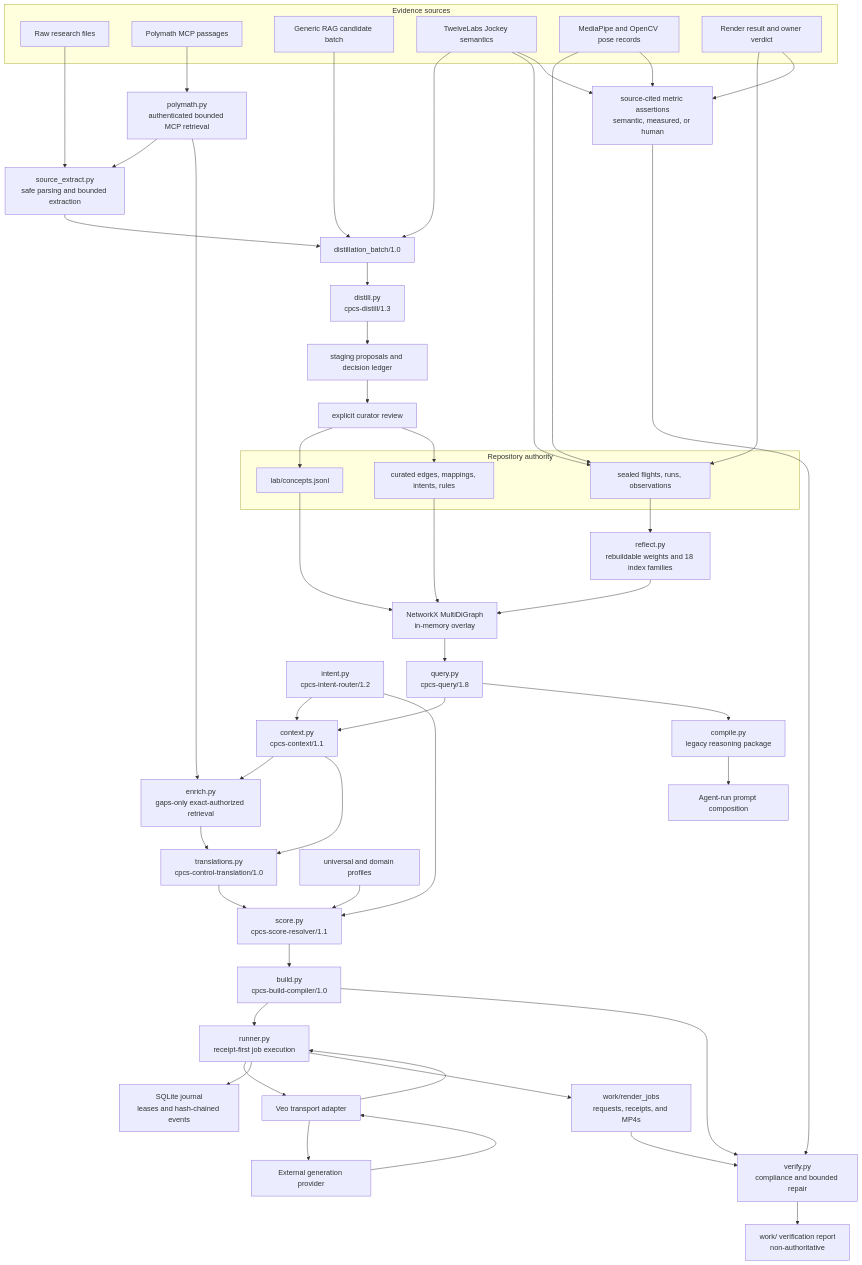
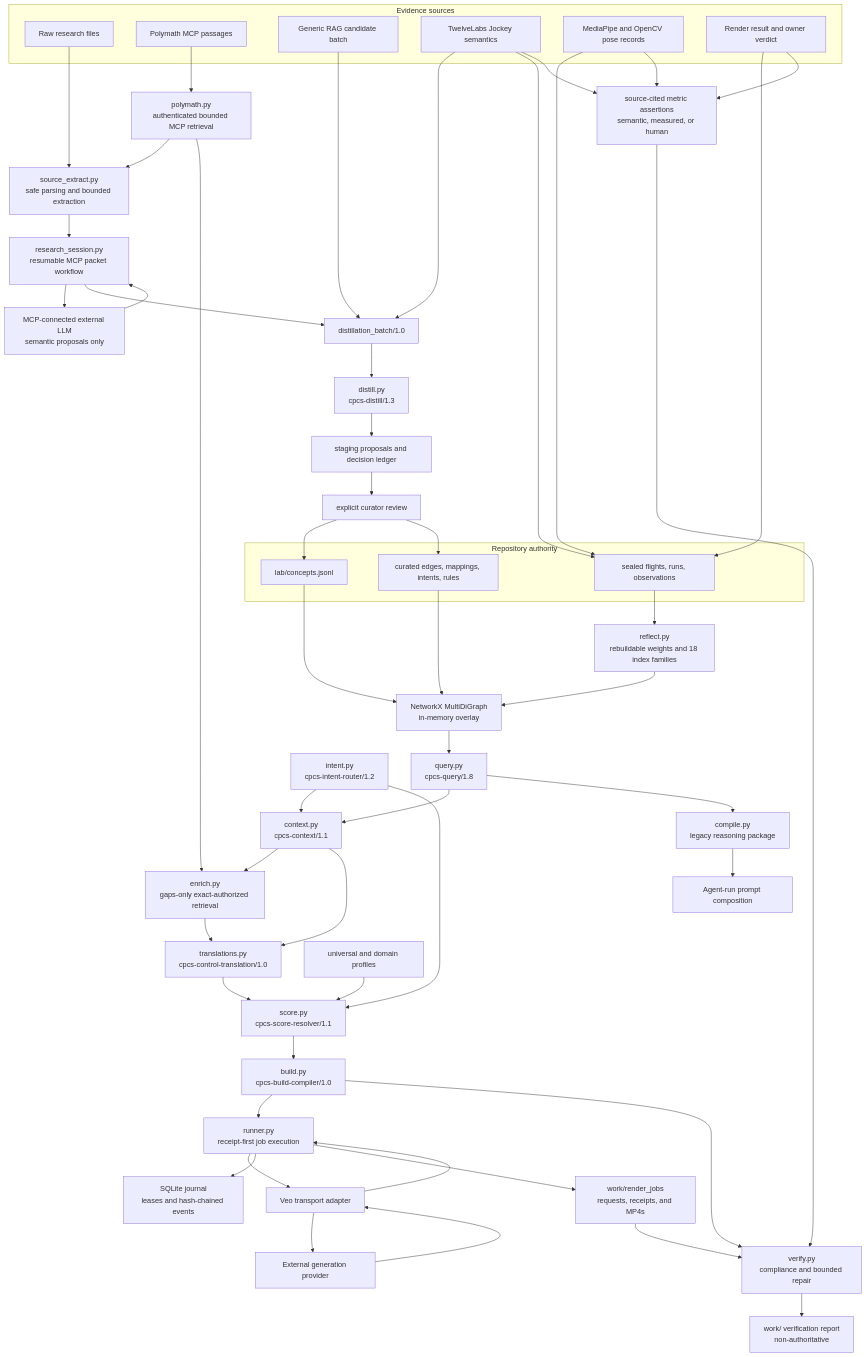
One commit to Kingsley-Cyber/ai-video-movement-prompt-system changed the second of 3 diagrams in ARCHITECTURE.md. Above: the diagram before and after it, drawn with Mermaid. The commit also changed other lines of this file and 23 other files, not shown here.

First line of the commit message:
Add resumable MCP research extraction

````diff
--- a/ARCHITECTURE.md
+++ b/ARCHITECTURE.md
@@ -675,79 +687,82 @@
 ```mermaid
 flowchart TB
     subgraph Sources["Evidence sources"]
         Raw["Raw research files"]
         Poly["Polymath MCP passages"]
         Generic["Generic RAG candidate batch"]
         Jockey["TwelveLabs Jockey semantics"]
         Pose["MediaPipe and OpenCV pose records"]
         Verdict["Render result and owner verdict"]
     end
 
     PolyRetrieve["polymath.py\nauthenticated bounded MCP retrieval"]
     SourceExtract["source_extract.py\nsafe parsing and bounded extraction"]
+    ResearchSession["research_session.py\nresumable MCP packet workflow"]
+    ExternalLLM["MCP-connected external LLM\nsemantic proposals only"]
     Batch["distillation_batch/1.0"]
     Distill["distill.py\ncpcs-distill/1.3"]
     Staging["staging proposals and decision ledger"]
     Review["explicit curator review"]
 
     subgraph Authority["Repository authority"]
         Concepts["lab/concepts.jsonl"]
         Curated["curated edges, mappings, intents, rules"]
         Immutable["sealed flights, runs, observations"]
     end
 
     Reflect["reflect.py\nrebuildable weights and 18 index families"]
     Graph["NetworkX MultiDiGraph\nin-memory overlay"]
     Query["query.py\ncpcs-query/1.8"]
     Context["context.py\ncpcs-context/1.1"]
     Enrich["enrich.py\ngaps-only exact-authorized retrieval"]
     Intent["intent.py\ncpcs-intent-router/1.2"]
     Translate["translations.py\ncpcs-control-translation/1.0"]
     Profiles["universal and domain profiles"]
     Score["score.py\ncpcs-score-resolver/1.1"]
     Compile["compile.py\nlegacy reasoning package"]
     Build["build.py\ncpcs-build-compiler/1.0"]
     Runner["runner.py\nreceipt-first job execution"]
     Journal["SQLite journal\nleases and hash-chained events"]
     Adapter["Veo transport adapter"]
     Artifacts["work/render_jobs\nrequests, receipts, and MP4s"]
     Evidence["source-cited metric assertions\nsemantic, measured, or human"]
     Verify["verify.py\ncompliance and bounded repair"]
     Diagnostics["work/ verification report\nnon-authoritative"]
     ManualPrompt["Agent-run prompt composition"]
     Provider["External generation provider"]
 
-    Raw --> SourceExtract --> Batch
+    Raw --> SourceExtract --> ResearchSession
     Poly --> PolyRetrieve
     PolyRetrieve --> SourceExtract
+    ResearchSession --> ExternalLLM --> ResearchSession --> Batch
     PolyRetrieve --> Enrich
     Generic --> Batch
     Jockey --> Batch
     Batch --> Distill --> Staging --> Review
     Review --> Concepts
     Review --> Curated
     Jockey --> Immutable
     Pose --> Immutable
     Verdict --> Immutable
     Immutable --> Reflect
     Reflect --> Graph
     Concepts --> Graph
     Curated --> Graph
     Graph --> Query --> Context --> Enrich
     Intent --> Context
     Intent --> Score
     Context --> Translate --> Score
     Enrich --> Translate
     Profiles --> Score
     Score --> Build --> Runner --> Adapter --> Provider
     Provider --> Adapter --> Runner
     Runner --> Journal
     Runner --> Artifacts
     Jockey --> Evidence
     Pose --> Evidence
     Verdict --> Evidence
     Build --> Verify
     Artifacts --> Verify
     Evidence --> Verify --> Diagnostics
     Query --> Compile --> ManualPrompt
 ```
````
